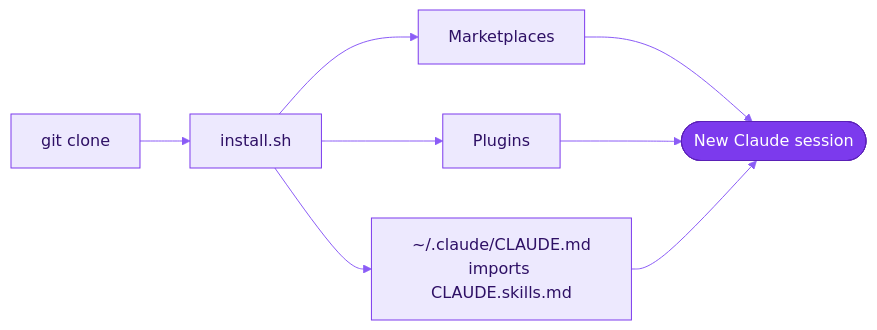
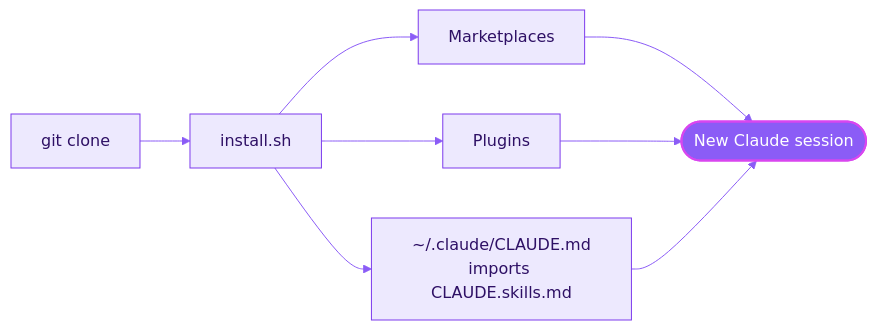
One commit to droneey/aikit changed the diagram in README.md. Above: the diagram before and after it, drawn with Mermaid. The commit also changed other lines of this file and 6 other files, not shown here.

````diff
--- a/README.md
+++ b/README.md
@@ -36,11 +36,11 @@
 ```mermaid
 %%{init: {"theme": "base", "themeVariables": {"primaryColor": "#EDE9FE", "primaryBorderColor": "#7C3AED", "primaryTextColor": "#2E1065", "lineColor": "#8B5CF6"}}}%%
 flowchart LR
   clone["git clone"] --> install["install.sh"]
   install --> marketplaces["Marketplaces"]
   install --> plugins["Plugins"]
   install --> memory["~/.claude/CLAUDE.md<br/>imports CLAUDE.skills.md"]
   marketplaces & plugins & memory --> session(["New Claude session"])
-  classDef accent fill:#7C3AED,stroke:#5B21B6,color:#FFFFFF
+  classDef accent fill:#8B5CF6,stroke:#D946EF,stroke-width:2px,color:#FFFFFF
   class session accent
 ```
````
